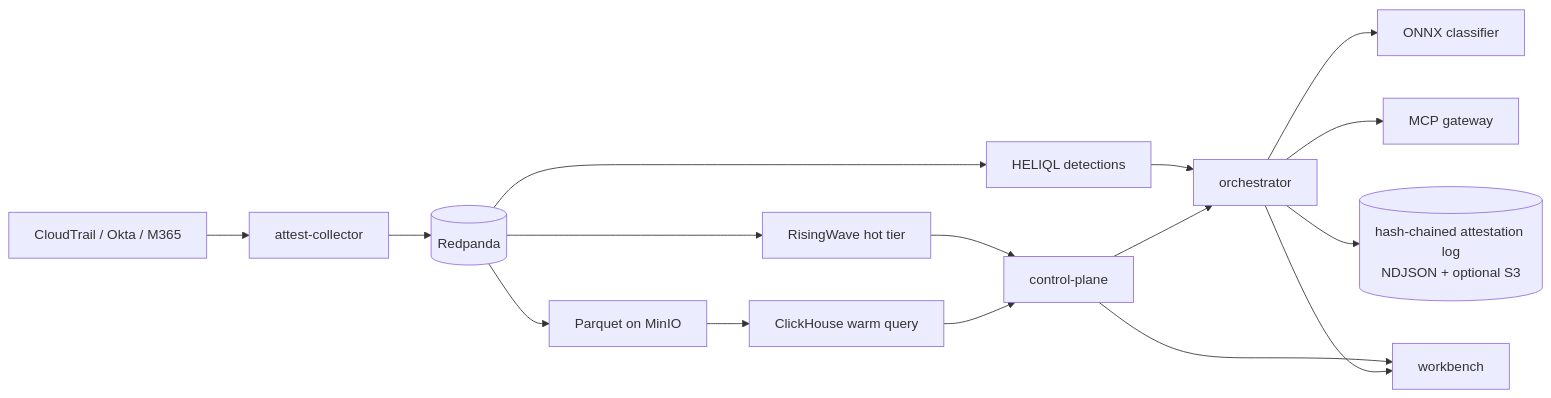
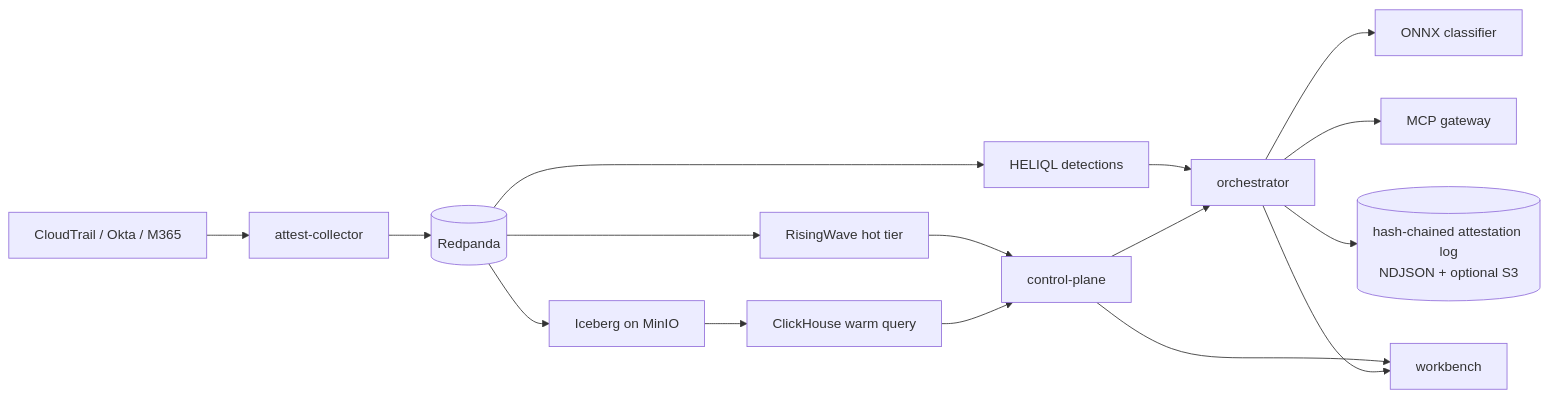
Before and after one commit to mhomaid/attest: the diagram in README.md, drawn with Mermaid. The commit also changed other lines of this file and 36 other files, not shown here.

````diff
--- a/README.md
+++ b/README.md
@@ -11,18 +11,18 @@
 ```mermaid
 flowchart LR
   CT[CloudTrail / Okta / M365] --> Col[attest-collector]
   Col --> RP[(Redpanda)]
   RP --> RW[RisingWave hot tier]
-  RP --> PQ[Parquet on MinIO]
+  RP --> PQ[Iceberg on MinIO]
   RP --> Det[HELIQL detections]
   PQ --> CH[ClickHouse warm query]
   RW --> CP[control-plane]
   CH --> CP
   Det --> Orch[orchestrator]
   CP --> Orch
   Orch --> ONNX[ONNX classifier]
   Orch --> MCP[MCP gateway]
   Orch --> Log[(hash-chained attestation log<br/>NDJSON + optional S3)]
   CP --> WB[workbench]
   Orch --> WB
 ```
````
